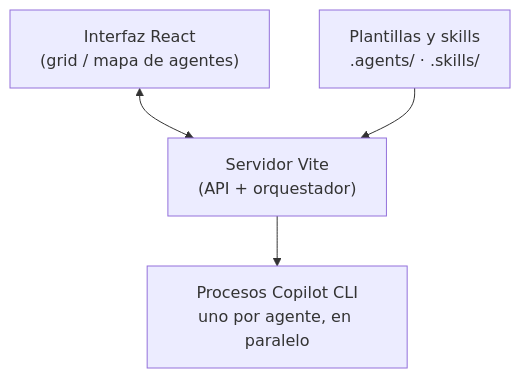
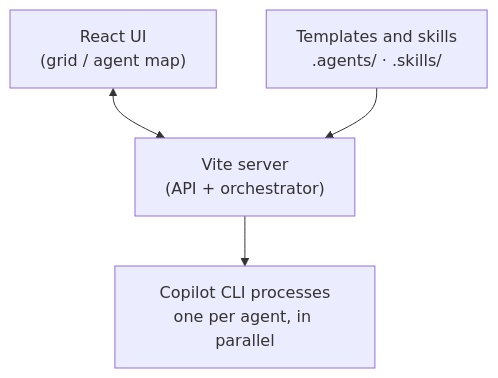
The diagram in README.md (dierodfer/AgentColony), drawn with Mermaid before and after one commit. The commit also changed other lines of this file, not shown here.

````diff
--- a/README.md
+++ b/README.md
@@ -74,11 +75,11 @@
 ```mermaid
 graph TD
-    UI["Interfaz React<br/>(grid / mapa de agentes)"]
-    Server["Servidor Vite<br/>(API + orquestador)"]
-    Copilot["Procesos Copilot CLI<br/>uno por agente, en paralelo"]
-    Config["Plantillas y skills<br/>.agents/ · .skills/"]
+    UI["React UI<br/>(grid / agent map)"]
+    Server["Vite server<br/>(API + orchestrator)"]
+    Copilot["Copilot CLI processes<br/>one per agent, in parallel"]
+    Config["Templates and skills<br/>.agents/ · .skills/"]
 
     UI <--> Server
     Server --> Copilot
     Config --> Server
 ```
````
